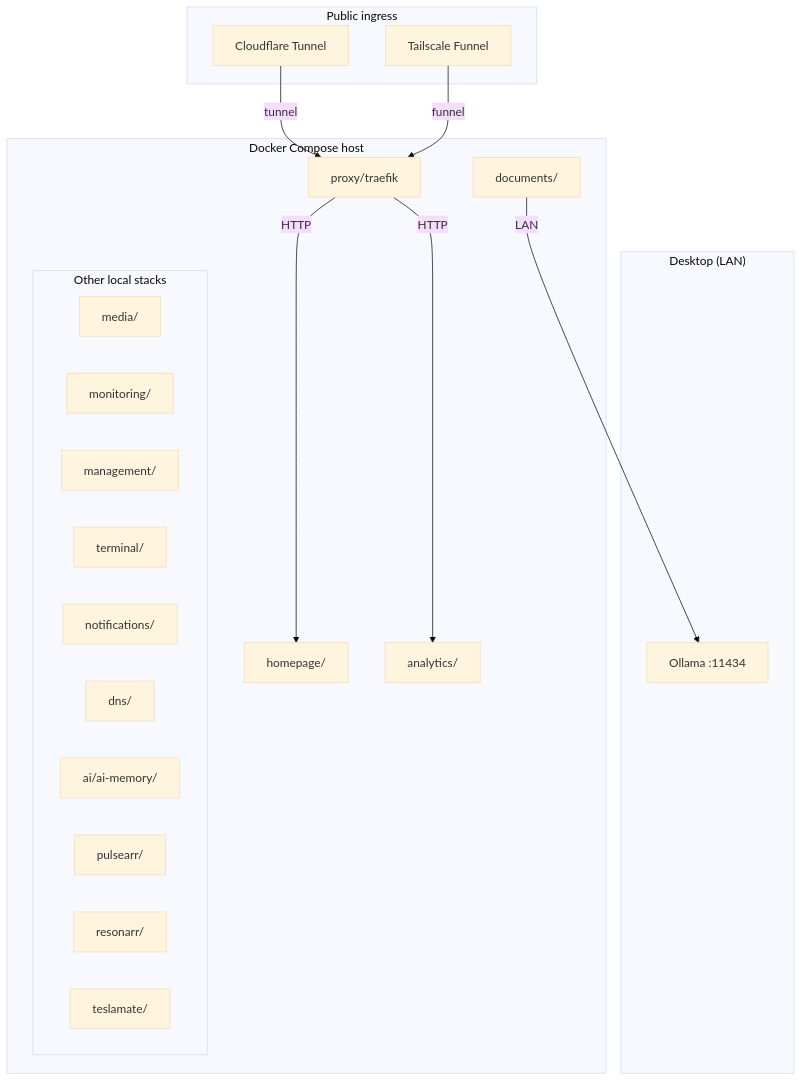
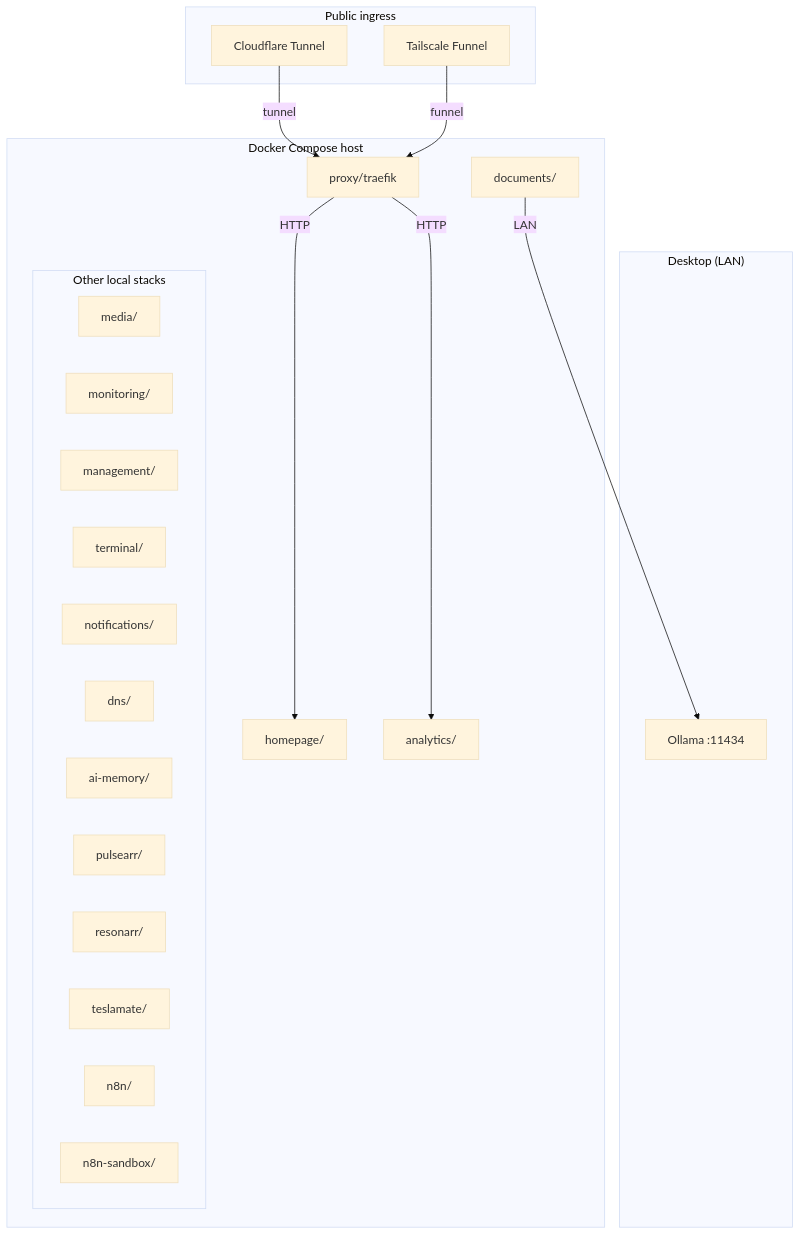
One commit to lexcode/homelab changed the diagram in README.md. Above: the diagram before and after it, drawn with Mermaid (base theme). The commit also changed other lines of this file and 24 other files, not shown here.

First line of the commit message:
feat: add n8n stack, Assistant sandbox, and move ai-memory to repo root (#47)

````diff
--- a/README.md
+++ b/README.md
@@ -5,38 +5,40 @@
 ```mermaid
 flowchart TB
     subgraph ingress["Public ingress"]
         cf["Cloudflare Tunnel"]
         ts["Tailscale Funnel"]
     end
 
     subgraph docker["Docker Compose host"]
         traefik["proxy/traefik"]
         homepage["homepage/"]
         analytics["analytics/"]
         documents["documents/"]
 
         subgraph local["Other local stacks"]
             direction LR
             media["media/"]
             monitoring["monitoring/"]
             management["management/"]
             terminal["terminal/"]
             notifications["notifications/"]
             dns["dns/"]
-            aimemory["ai/ai-memory/"]
+            aimemory["ai-memory/"]
             pulsearr["pulsearr/"]
             resonarr["resonarr/"]
             teslamate["teslamate/"]
+            n8n["n8n/"]
+            n8nsandbox["n8n-sandbox/"]
         end
     end
 
     subgraph desktop["Desktop (LAN)"]
         ollama["Ollama :11434"]
     end
 
     cf -- tunnel --> traefik
     ts -- funnel --> traefik
     traefik -- HTTP --> homepage
     traefik -- HTTP --> analytics
     documents -- LAN --> ollama
 ```
````
